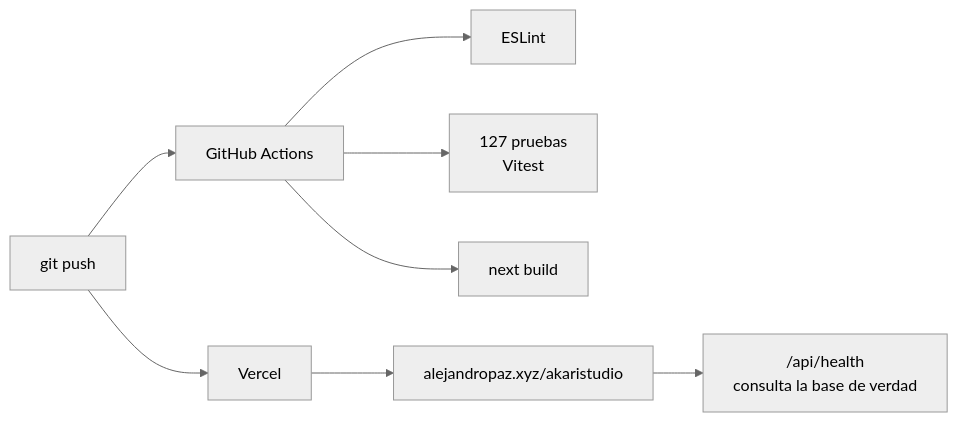
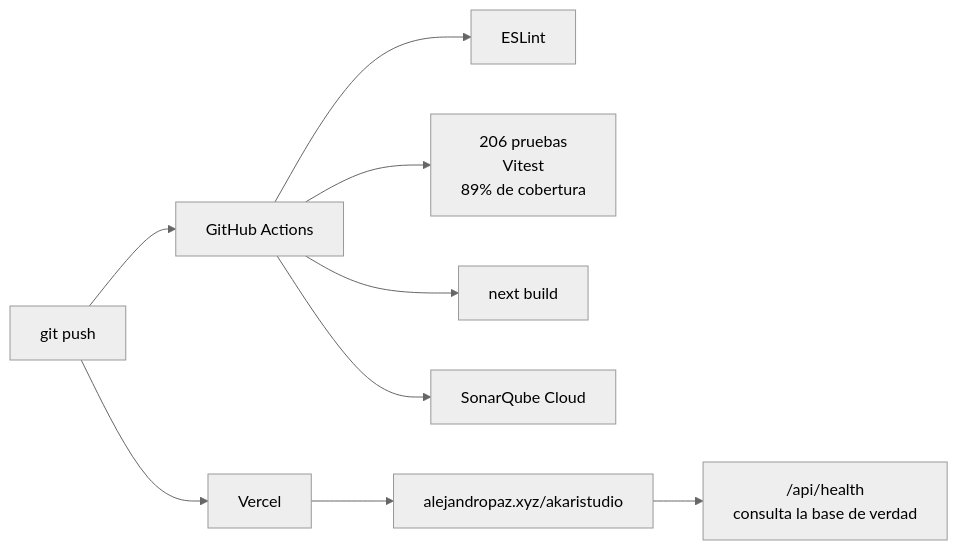
The seventh of 7 diagrams in docs/arquitectura.md (Alejandro-Paz05/Proyecto_ISW2), drawn with Mermaid (neutral theme) before and after one commit. The commit also changed other lines of this file and 20 other files, not shown here.

````diff
--- a/docs/arquitectura.md
+++ b/docs/arquitectura.md
@@ -239,10 +236,11 @@
 ```mermaid
 flowchart LR
     dev["git push"] --> ci["GitHub Actions"]
     ci --> lint["ESLint"]
-    ci --> test["127 pruebas<br/>Vitest"]
+    ci --> test["206 pruebas<br/>Vitest<br/>89% de cobertura"]
     ci --> build["next build"]
+    ci --> sonar["SonarQube Cloud"]
     dev --> vercel["Vercel"]
     vercel --> prod["alejandropaz.xyz/akaristudio"]
     prod --> health["/api/health<br/>consulta la base de verdad"]
 ```
````
